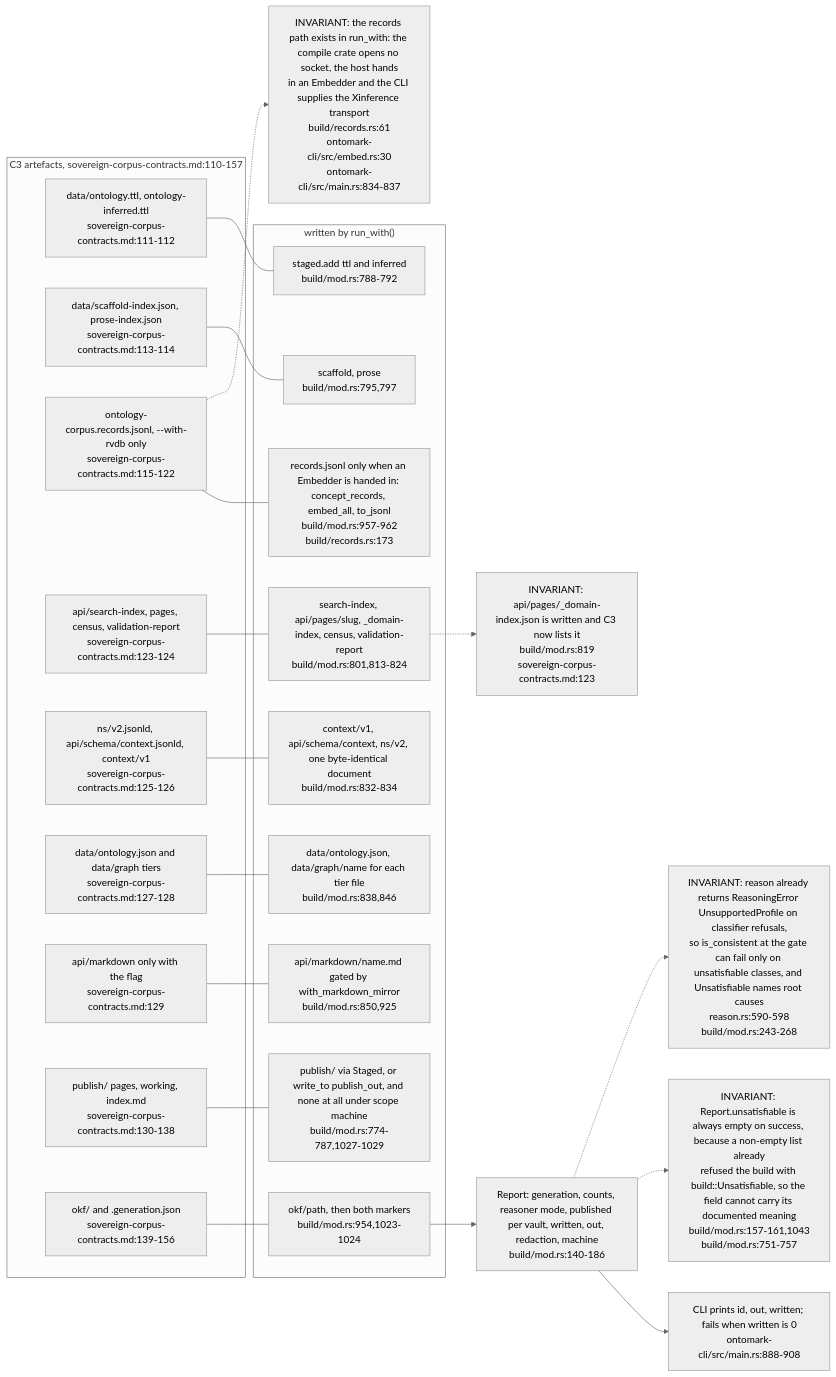
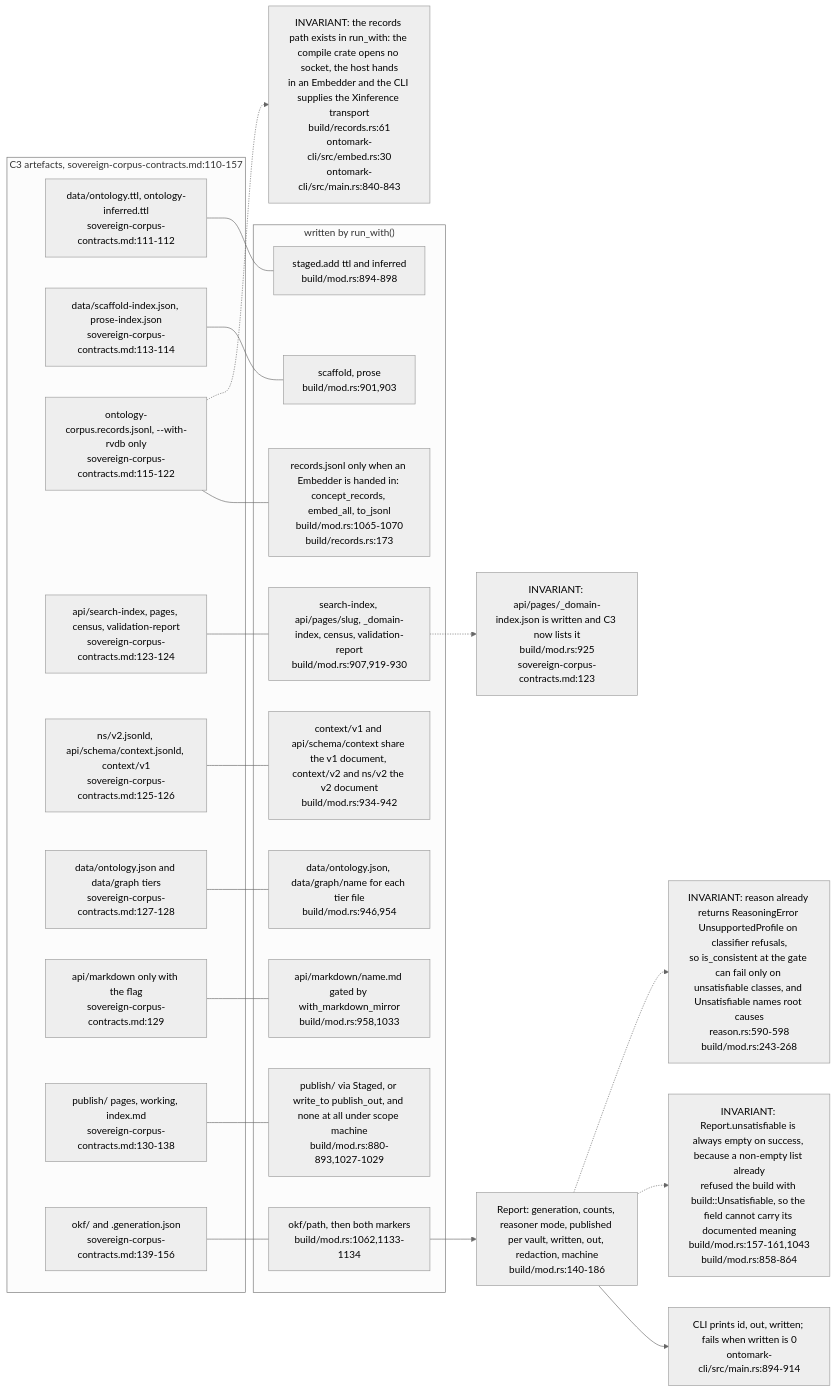
One commit to DreamLab-AI/VisionFlow changed the seventh of 8 diagrams in docs/diagrams/ontomark/03-build-run-gates-staging-and-generation.md. Above: the diagram before and after it, drawn with Mermaid (neutral theme). The commit also changed other lines of this file and 59 other files, not shown here.

First line of the commit message:
docs(diagrams): re-derive and re-stamp forum, website, pod, ontomark and sealmap topics

````diff
--- a/docs/diagrams/ontomark/03-build-run-gates-staging-and-generation.md
+++ b/docs/diagrams/ontomark/03-build-run-gates-staging-and-generation.md
@@ -264,45 +264,45 @@
 ```mermaid
 flowchart LR
     subgraph C3["C3 artefacts, sovereign-corpus-contracts.md:110-157"]
         A1["data/ontology.ttl, ontology-inferred.ttl<br/>sovereign-corpus-contracts.md:111-112"]
         A2["data/scaffold-index.json, prose-index.json<br/>sovereign-corpus-contracts.md:113-114"]
         A3["ontology-corpus.records.jsonl, --with-rvdb only<br/>sovereign-corpus-contracts.md:115-122"]
         A4["api/search-index, pages, census, validation-report<br/>sovereign-corpus-contracts.md:123-124"]
         A5["ns/v2.jsonld, api/schema/context.jsonld, context/v1<br/>sovereign-corpus-contracts.md:125-126"]
         A6["data/ontology.json and data/graph tiers<br/>sovereign-corpus-contracts.md:127-128"]
         A7["api/markdown only with the flag<br/>sovereign-corpus-contracts.md:129"]
         A8["publish/ pages, working, index.md<br/>sovereign-corpus-contracts.md:130-138"]
         A9["okf/ and .generation.json<br/>sovereign-corpus-contracts.md:139-156"]
     end
     subgraph RUN["written by run_with()"]
-        W1["staged.add ttl and inferred<br/>build/mod.rs:788-792"]
-        W2["scaffold, prose<br/>build/mod.rs:795,797"]
-        W3["records.jsonl only when an Embedder is handed in: concept_records, embed_all, to_jsonl<br/>build/mod.rs:957-962<br/>build/records.rs:173"]
-        W4["search-index, api/pages/slug, _domain-index, census, validation-report<br/>build/mod.rs:801,813-824"]
-        W5["context/v1, api/schema/context, ns/v2, one byte-identical document<br/>build/mod.rs:832-834"]
-        W6["data/ontology.json, data/graph/name for each tier file<br/>build/mod.rs:838,846"]
-        W7["api/markdown/name.md gated by with_markdown_mirror<br/>build/mod.rs:850,925"]
-        W8["publish/ via Staged, or write_to publish_out, and none at all under scope machine<br/>build/mod.rs:774-787,1027-1029"]
-        W9["okf/path, then both markers<br/>build/mod.rs:954,1023-1024"]
+        W1["staged.add ttl and inferred<br/>build/mod.rs:894-898"]
+        W2["scaffold, prose<br/>build/mod.rs:901,903"]
+        W3["records.jsonl only when an Embedder is handed in: concept_records, embed_all, to_jsonl<br/>build/mod.rs:1065-1070<br/>build/records.rs:173"]
+        W4["search-index, api/pages/slug, _domain-index, census, validation-report<br/>build/mod.rs:907,919-930"]
+        W5["context/v1 and api/schema/context share the v1 document, context/v2 and ns/v2 the v2 document<br/>build/mod.rs:934-942"]
+        W6["data/ontology.json, data/graph/name for each tier file<br/>build/mod.rs:946,954"]
+        W7["api/markdown/name.md gated by with_markdown_mirror<br/>build/mod.rs:958,1033"]
+        W8["publish/ via Staged, or write_to publish_out, and none at all under scope machine<br/>build/mod.rs:880-893,1027-1029"]
+        W9["okf/path, then both markers<br/>build/mod.rs:1062,1133-1134"]
     end
     RPT["Report: generation, counts, reasoner mode, published per vault, written, out, redaction, machine<br/>build/mod.rs:140-186"]
-    CLI["CLI prints id, out, written; fails when written is 0<br/>ontomark-cli/src/main.rs:888-908"]
-    N1["INVARIANT: the records path exists in run_with: the compile crate opens no socket, the host hands<br/>in an Embedder and the CLI supplies the Xinference transport<br/>build/records.rs:61<br/>ontomark-cli/src/embed.rs:30<br/>ontomark-cli/src/main.rs:834-837"]
-    N2["INVARIANT: api/pages/_domain-index.json is written and C3 now lists it<br/>build/mod.rs:819<br/>sovereign-corpus-contracts.md:123"]
-    N3["INVARIANT: Report.unsatisfiable is always empty on success, because a non-empty list already<br/>refused the build with build::Unsatisfiable, so the field cannot carry its documented meaning<br/>build/mod.rs:157-161,1043<br/>build/mod.rs:751-757"]
+    CLI["CLI prints id, out, written; fails when written is 0<br/>ontomark-cli/src/main.rs:894-914"]
+    N1["INVARIANT: the records path exists in run_with: the compile crate opens no socket, the host hands<br/>in an Embedder and the CLI supplies the Xinference transport<br/>build/records.rs:61<br/>ontomark-cli/src/embed.rs:30<br/>ontomark-cli/src/main.rs:840-843"]
+    N2["INVARIANT: api/pages/_domain-index.json is written and C3 now lists it<br/>build/mod.rs:925<br/>sovereign-corpus-contracts.md:123"]
+    N3["INVARIANT: Report.unsatisfiable is always empty on success, because a non-empty list already<br/>refused the build with build::Unsatisfiable, so the field cannot carry its documented meaning<br/>build/mod.rs:157-161,1043<br/>build/mod.rs:858-864"]
     N4["INVARIANT: reason already returns ReasoningError UnsupportedProfile on classifier refusals,<br/>so is_consistent at the gate can fail only on unsatisfiable classes, and Unsatisfiable names root causes<br/>reason.rs:590-598<br/>build/mod.rs:243-268"]
     A1 --- W1
     A2 --- W2
     A3 --- W3
     A4 --- W4
     A5 --- W5
     A6 --- W6
     A7 --- W7
     A8 --- W8
     A9 --- W9
     W9 --> RPT --> CLI
     A3 -.-> N1
     W4 -.-> N2
     RPT -.-> N3
     RPT -.-> N4
 ```
````
